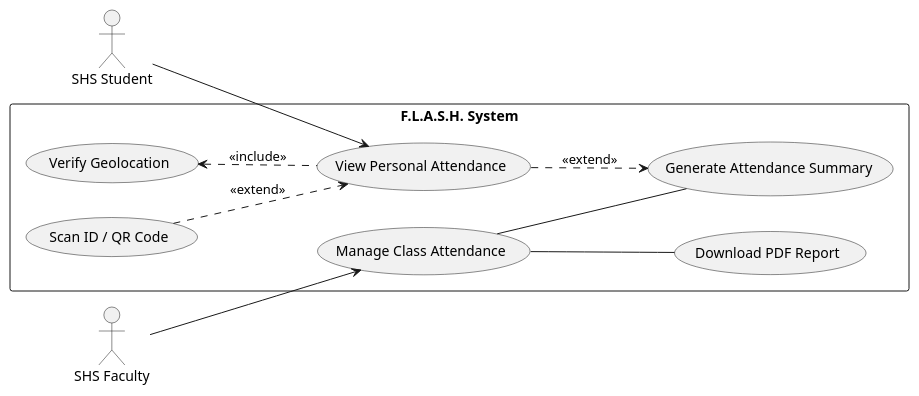
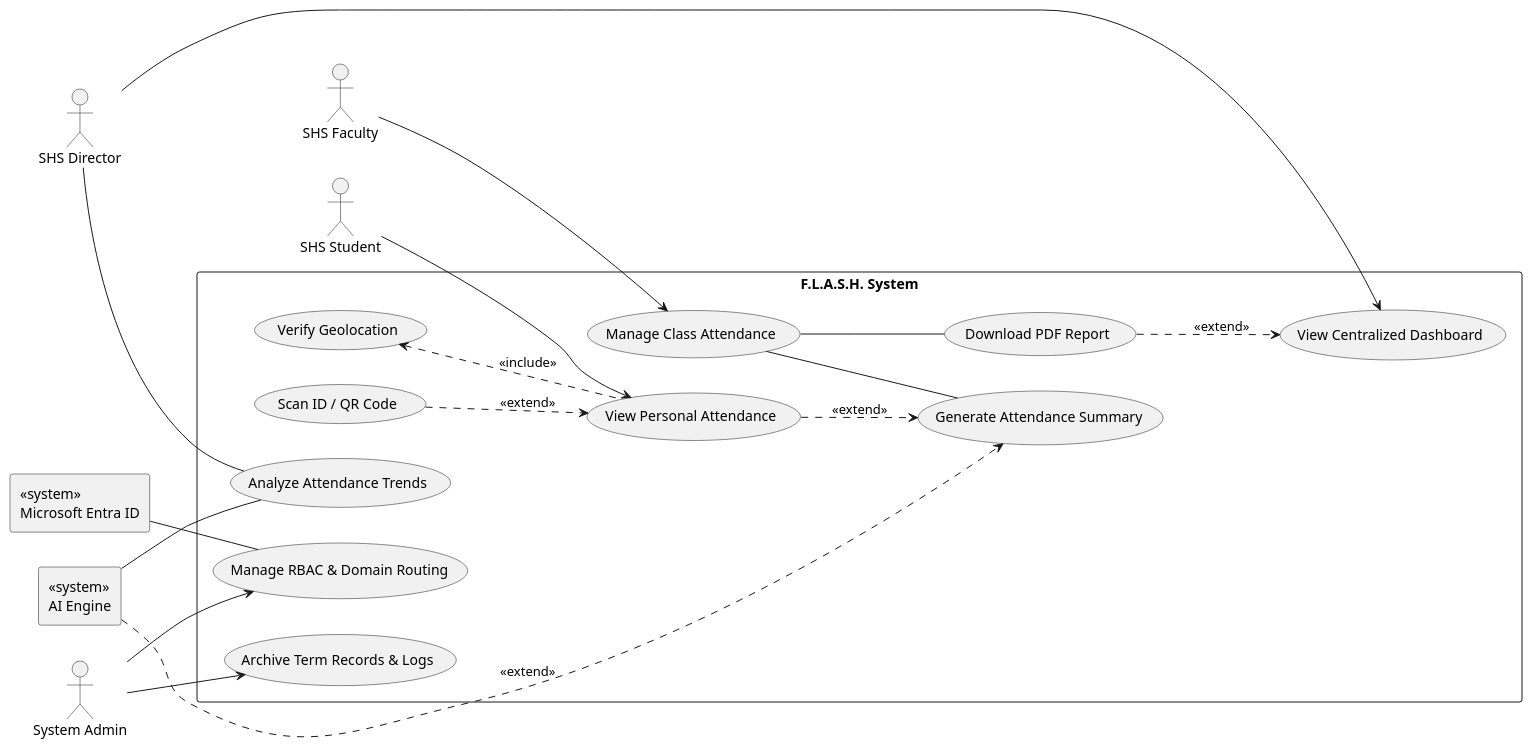
Before and after one commit to APC-SoCIT/APC-2026-2027-T1-IT241-Grp2-F.L.A.S.H-Fast-Logging-Automated-Secure-Hybrid-attendance: the diagram in docs/MSYADD1/F.L.A.S.H use case diagram.puml, drawn with PlantUML.

Commit message:
Complete use case diagram with Director, Admin, and external systems integration

```diff
--- a/docs/MSYADD1/F.L.A.S.H use case diagram.puml
+++ b/docs/MSYADD1/F.L.A.S.H use case diagram.puml
@@ -1,28 +1,51 @@
 @startuml
 left to right direction
 skinparam packageStyle rectangle
 
 actor "SHS Student" as student
 actor "SHS Faculty" as faculty
+actor "SHS Director" as director
+actor "System Admin" as admin
 
 rectangle "F.L.A.S.H. System" {
     usecase "Verify Geolocation" as UC_VerifyGeo
     usecase "Scan ID / QR Code" as UC_ScanID
     usecase "View Personal Attendance" as UC_ViewPersonal
     usecase "Generate Attendance Summary" as UC_GenSummary
     usecase "Manage Class Attendance" as UC_ManageClass
+    usecase "Analyze Attendance Trends" as UC_AnalyzeTrends
     usecase "Download PDF Report" as UC_DownloadPDF
+    usecase "View Centralized Dashboard" as UC_ViewDashboard
+    usecase "Manage RBAC & Domain Routing" as UC_ManageRBAC
+    usecase "Archive Term Records & Logs" as UC_ArchiveLogs
 }
+
+rectangle "<<system>>\nAI Engine" as AI_Engine
+rectangle "<<system>>\nMicrosoft Entra ID" as EntraID
 
 ' Student Relationships
 student --> UC_ViewPersonal
 UC_VerifyGeo <.. UC_ViewPersonal : <<include>>
 UC_ScanID ..> UC_ViewPersonal : <<extend>>
 UC_ViewPersonal ..> UC_GenSummary : <<extend>>
 
 ' Faculty Relationships
 faculty --> UC_ManageClass
 UC_ManageClass -- UC_GenSummary
 UC_ManageClass -- UC_DownloadPDF
 
+' Director Relationships
+director --> UC_ViewDashboard
+UC_DownloadPDF ..> UC_ViewDashboard : <<extend>>
+director -- UC_AnalyzeTrends
+
+' System Admin Relationships
+admin --> UC_ManageRBAC
+admin --> UC_ArchiveLogs
+
+' External Systems Relationships
+AI_Engine ..> UC_GenSummary : <<extend>>
+AI_Engine -- UC_AnalyzeTrends
+EntraID -- UC_ManageRBAC
+
 @enduml
```
